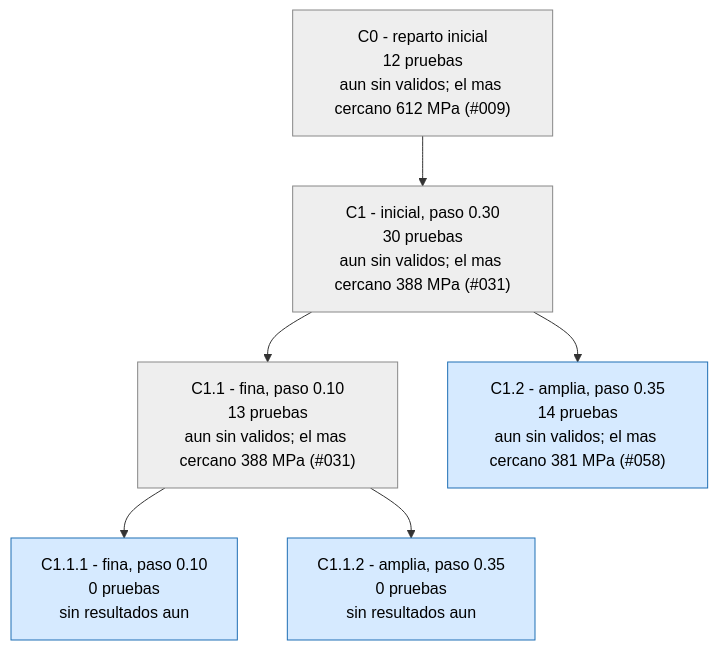
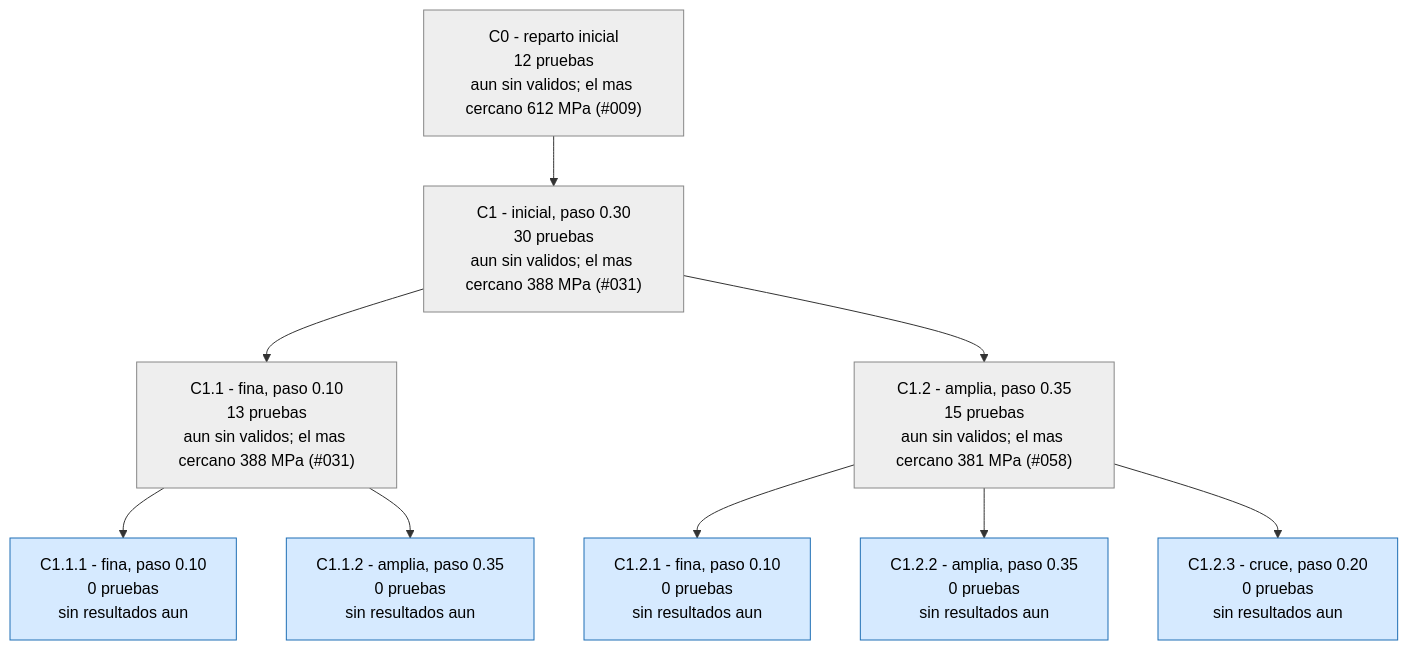
Before and after one commit to Hugiko/msd-soporte-optimizacion: the second of 3 diagrams in runs/opt_37800N/ARBOL.md, drawn with Mermaid. The commit also changed 16 other files, not shown here.

````diff
--- a/runs/opt_37800N/ARBOL.md
+++ b/runs/opt_37800N/ARBOL.md
@@ -51,17 +51,23 @@
 ```mermaid
 graph TD
 classDef activa fill:#d6eaff,stroke:#1f6fb5,color:#000
 classDef fin fill:#eeeeee,stroke:#888,color:#000
 classDef mejor fill:#c8f0c0,stroke:#1a9850,stroke-width:4px,color:#000
 C0["C0 - reparto inicial<br/>12 pruebas<br/>aun sin validos; el mas cercano 612 MPa (#009)"]:::fin
 C1["C1 - inicial, paso 0.30<br/>30 pruebas<br/>aun sin validos; el mas cercano 388 MPa (#031)"]:::fin
 C0 --> C1
 C1_1["C1.1 - fina, paso 0.10<br/>13 pruebas<br/>aun sin validos; el mas cercano 388 MPa (#031)"]:::fin
 C1 --> C1_1
-C1_2["C1.2 - amplia, paso 0.35<br/>14 pruebas<br/>aun sin validos; el mas cercano 381 MPa (#058)"]:::activa
+C1_2["C1.2 - amplia, paso 0.35<br/>15 pruebas<br/>aun sin validos; el mas cercano 381 MPa (#058)"]:::fin
 C1 --> C1_2
 C1_1_1["C1.1.1 - fina, paso 0.10<br/>0 pruebas<br/>sin resultados aun"]:::activa
 C1_1 --> C1_1_1
 C1_1_2["C1.1.2 - amplia, paso 0.35<br/>0 pruebas<br/>sin resultados aun"]:::activa
 C1_1 --> C1_1_2
+C1_2_1["C1.2.1 - fina, paso 0.10<br/>0 pruebas<br/>sin resultados aun"]:::activa
+C1_2 --> C1_2_1
+C1_2_2["C1.2.2 - amplia, paso 0.35<br/>0 pruebas<br/>sin resultados aun"]:::activa
+C1_2 --> C1_2_2
+C1_2_3["C1.2.3 - cruce, paso 0.20<br/>0 pruebas<br/>sin resultados aun"]:::activa
+C1_2 --> C1_2_3
 ```
````
